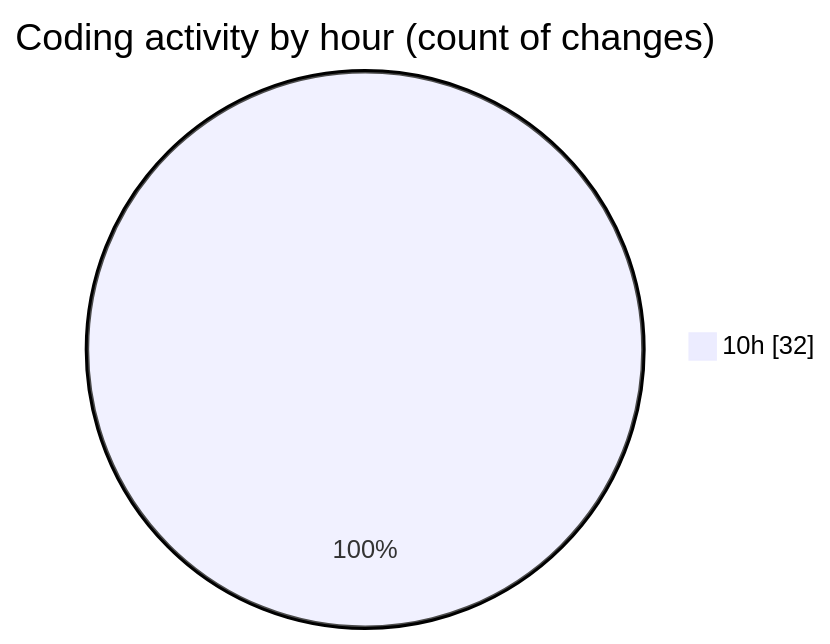
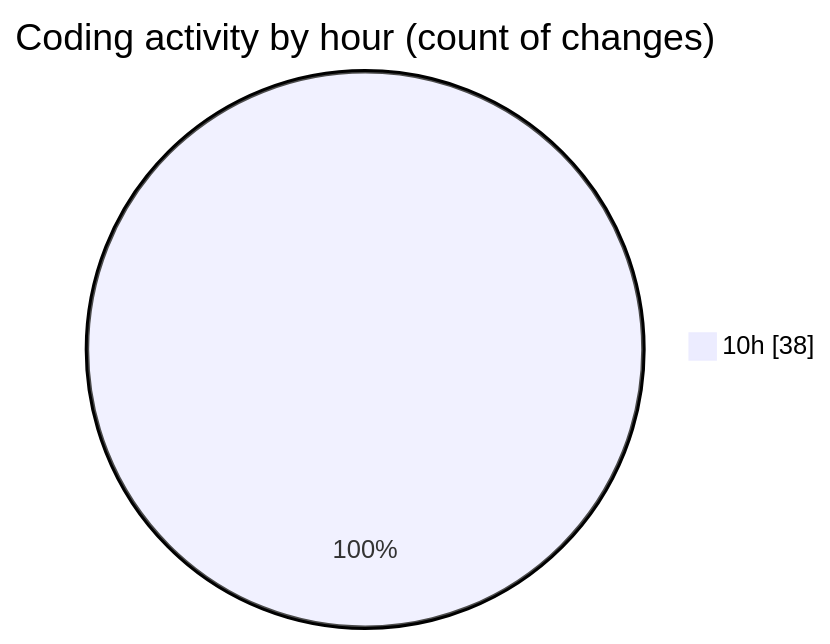
The second of 2 diagrams in 2025-05-15/ecodeli-1/README.md (CELIANVF/code-tracking), drawn with Mermaid before and after one commit. The commit also changed other lines of this file and 1 other file, not shown here.

````diff
--- a/2025-05-15/ecodeli-1/README.md
+++ b/2025-05-15/ecodeli-1/README.md
@@ -44,5 +46,5 @@
 ```mermaid
 pie showData
 title Coding activity by hour (count of changes)
-"10h" : 32
+"10h" : 38
 ```
````
